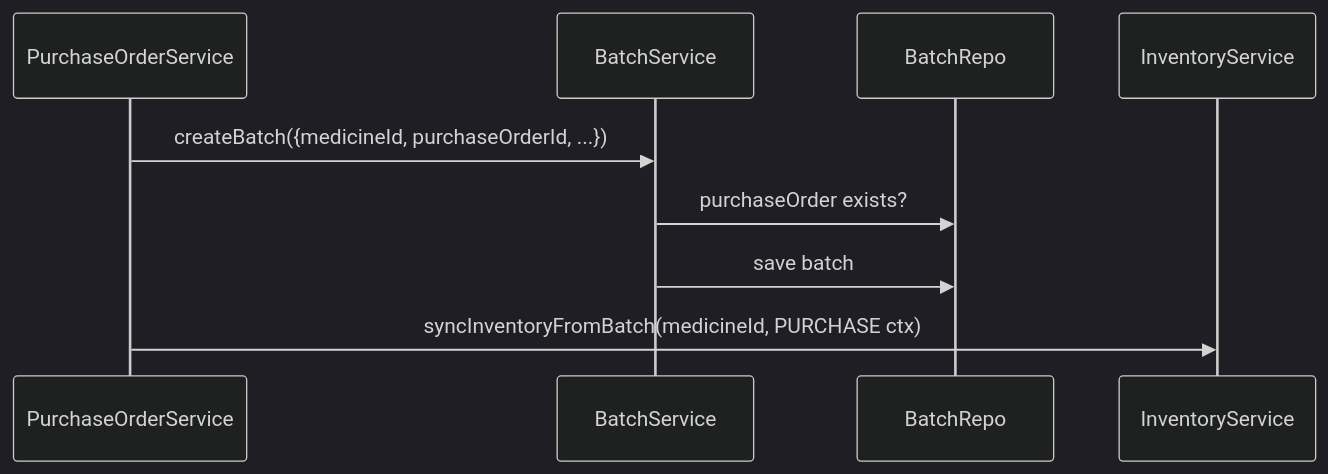
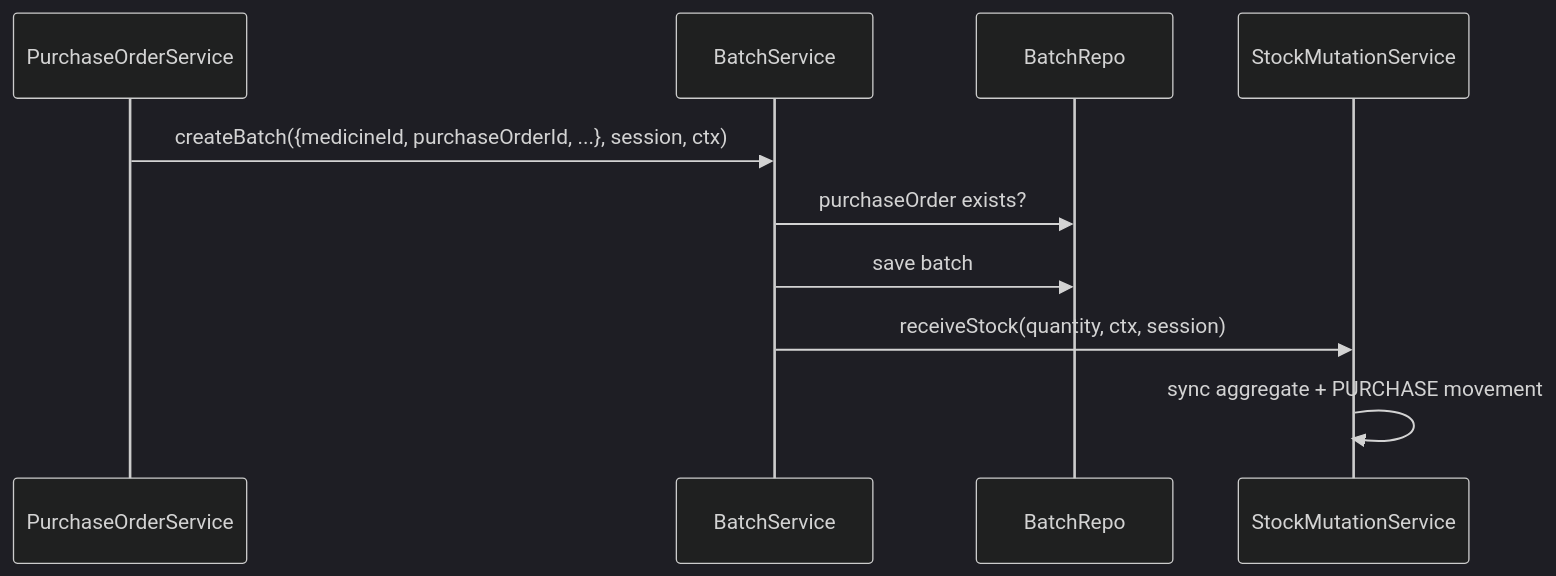
One commit to aabhushanCD/spims changed the first of 2 diagrams in server/docs/modules/batches.md. Above: the diagram before and after it, drawn with Mermaid (dark theme). The commit also changed other lines of this file and 16 other files, not shown here.

````diff
--- a/server/docs/modules/batches.md
+++ b/server/docs/modules/batches.md
@@ -165,12 +166,13 @@
 ```mermaid
 sequenceDiagram
   participant PS as PurchaseOrderService
   participant BS as BatchService
   participant BR as BatchRepo
-  participant IS as InventoryService
+  participant SM as StockMutationService
 
-  PS->>BS: createBatch({medicineId, purchaseOrderId, ...})
+  PS->>BS: createBatch({medicineId, purchaseOrderId, ...}, session, ctx)
   BS->>BR: purchaseOrder exists?
   BS->>BR: save batch
-  PS->>IS: syncInventoryFromBatch(medicineId, PURCHASE ctx)
+  BS->>SM: receiveStock(quantity, ctx, session)
+  SM->>SM: sync aggregate + PURCHASE movement
 ```
````
